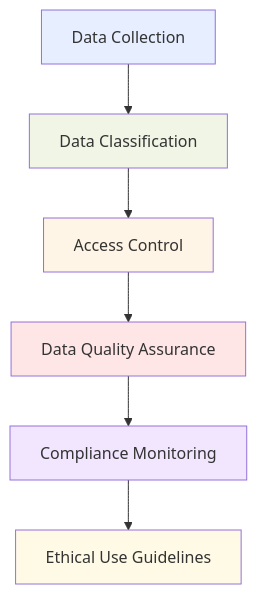
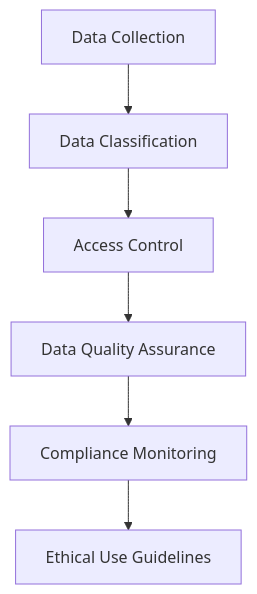
The third of 3 diagrams in english/30_30_Training_and_Fine-tuning.md (CloudCityPress/aws-aif-c01), drawn with Mermaid before and after one commit. The commit also changed other lines of this file and 16 other files, not shown here.

Commit message:
updating Mermaids

````diff
--- a/english/30_30_Training_and_Fine-tuning.md
+++ b/english/30_30_Training_and_Fine-tuning.md
@@ -165,14 +158,9 @@
 ```mermaid
 flowchart TD
     A[Data Collection] --> B[Data Classification]
     B --> C[Access Control]
     C --> D[Data Quality Assurance]
     D --> E[Compliance Monitoring]
     E --> F[Ethical Use Guidelines]
-    style A fill:#e6eeff
-    style B fill:#f0f5e6
-    style C fill:#fff5e6
-    style D fill:#ffe6e6
-    style E fill:#f2e6ff
-    style F fill:#fffae6
+
 ```
````
